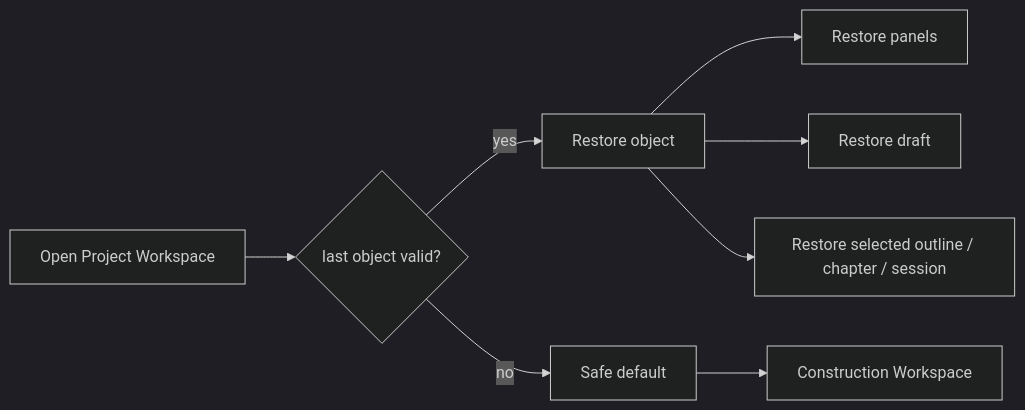
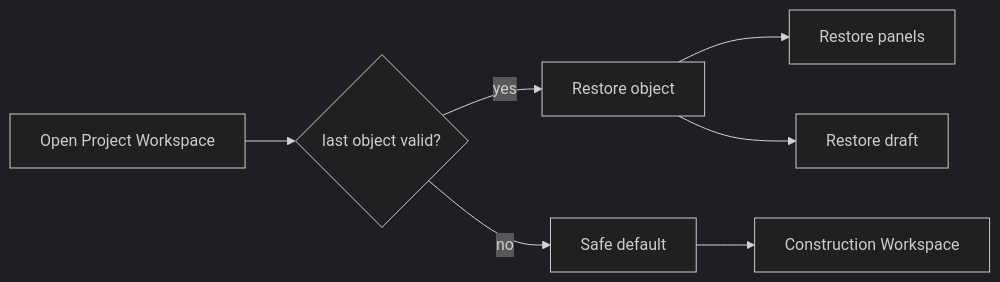
Before and after one commit to haoyanzhen/ResearchPaperBase: the first of 5 diagrams in docs/design/03_ui_workspace.md, drawn with Mermaid (dark theme). The commit also changed other lines of this file, not shown here.

````diff
--- a/docs/design/03_ui_workspace.md
+++ b/docs/design/03_ui_workspace.md
@@ -968,10 +767,9 @@
 ```mermaid
 flowchart LR
   A["Open Project Workspace"] --> B{"last object valid?"}
   B -->|yes| C["Restore object"]
   B -->|no| D["Safe default"]
   C --> E["Restore panels"]
   C --> F["Restore draft"]
-  C --> G["Restore selected outline / chapter / session"]
   D --> H["Construction Workspace"]
 ```
````
